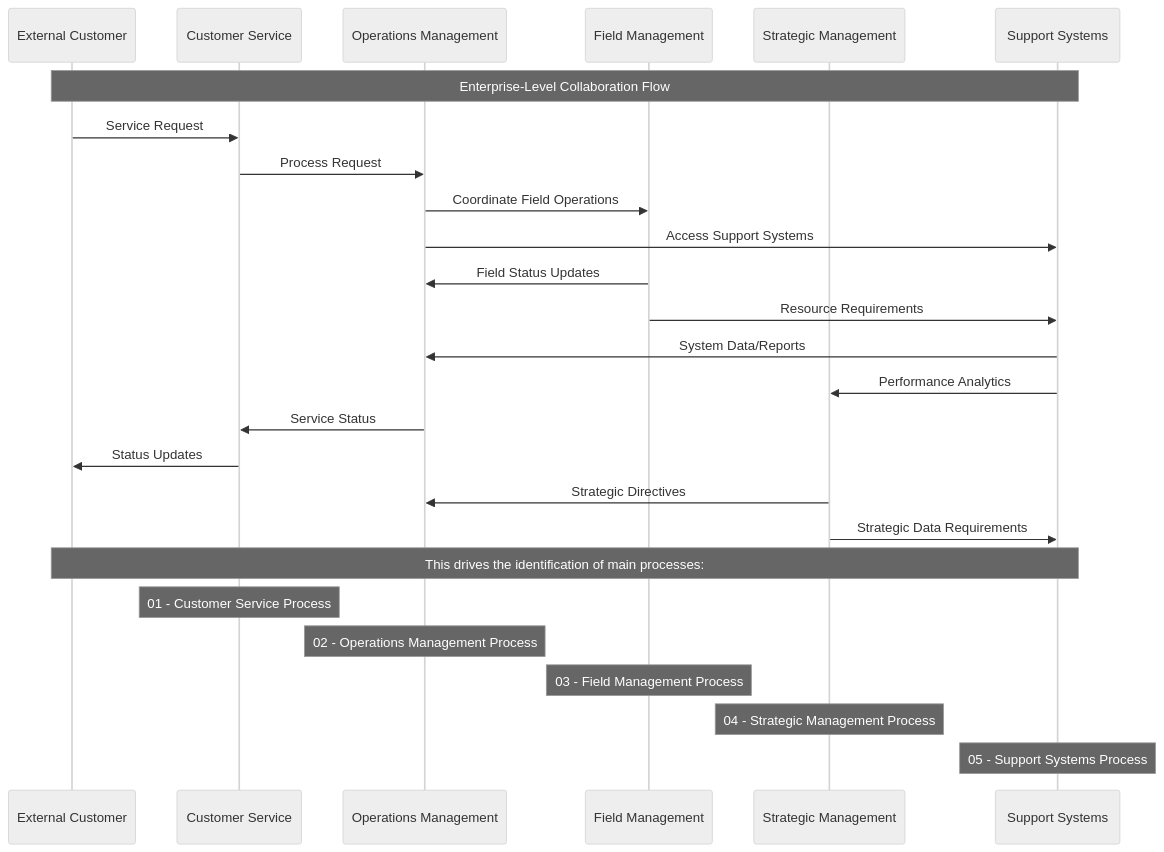
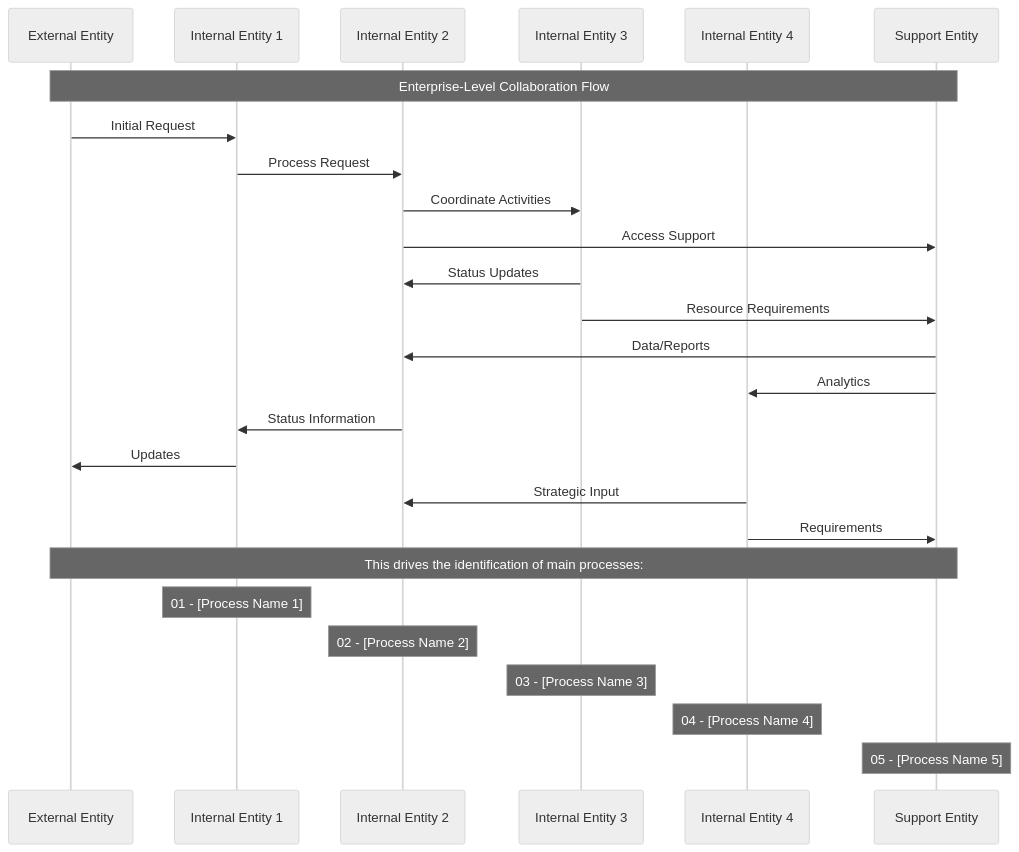
The diagram in orgDocument/orgModel/collaboration.md (Sanjel-Energy-Services/eService_WorkItems), drawn with Mermaid (neutral theme) before and after one commit. The commit also changed other lines of this file and 8 other files, not shown here.

````diff
--- a/orgDocument/orgModel/collaboration.md
+++ b/orgDocument/orgModel/collaboration.md
@@ -9,36 +9,36 @@
 ```mermaid
 sequenceDiagram
-    participant Customer as External Customer
-    participant CS as Customer Service
-    participant OM as Operations Management
-    participant FM as Field Management
-    participant SM as Strategic Management
-    participant Support as Support Systems
+    participant Entity1 as External Entity
+    participant Entity2 as Internal Entity 1
+    participant Entity3 as Internal Entity 2
+    participant Entity4 as Internal Entity 3
+    participant Entity5 as Internal Entity 4
+    participant Entity6 as Support Entity
     
-    Note over Customer, Support: Enterprise-Level Collaboration Flow
+    Note over Entity1, Entity6: Enterprise-Level Collaboration Flow
     
-    Customer->>CS: Service Request
-    CS->>OM: Process Request
+    Entity1->>Entity2: Initial Request
+    Entity2->>Entity3: Process Request
     
-    OM->>FM: Coordinate Field Operations
-    OM->>Support: Access Support Systems
+    Entity3->>Entity4: Coordinate Activities
+    Entity3->>Entity6: Access Support
     
-    FM->>OM: Field Status Updates
-    FM->>Support: Resource Requirements
+    Entity4->>Entity3: Status Updates
+    Entity4->>Entity6: Resource Requirements
     
-    Support->>OM: System Data/Reports
-    Support->>SM: Performance Analytics
+    Entity6->>Entity3: Data/Reports
+    Entity6->>Entity5: Analytics
     
-    OM->>CS: Service Status
-    CS->>Customer: Status Updates
+    Entity3->>Entity2: Status Information
+    Entity2->>Entity1: Updates
     
-    SM->>OM: Strategic Directives
-    SM->>Support: Strategic Data Requirements
+    Entity5->>Entity3: Strategic Input
+    Entity5->>Entity6: Requirements
     
-    Note over Customer, Support: This drives the identification of main processes:
-    Note over CS: 01 - Customer Service Process
-    Note over OM: 02 - Operations Management Process  
-    Note over FM: 03 - Field Management Process
-    Note over SM: 04 - Strategic Management Process
-    Note over Support: 05 - Support Systems Process
+    Note over Entity1, Entity6: This drives the identification of main processes:
+    Note over Entity2: 01 - [Process Name 1]
+    Note over Entity3: 02 - [Process Name 2]
+    Note over Entity4: 03 - [Process Name 3]
+    Note over Entity5: 04 - [Process Name 4]
+    Note over Entity6: 05 - [Process Name 5]
 ```
````
